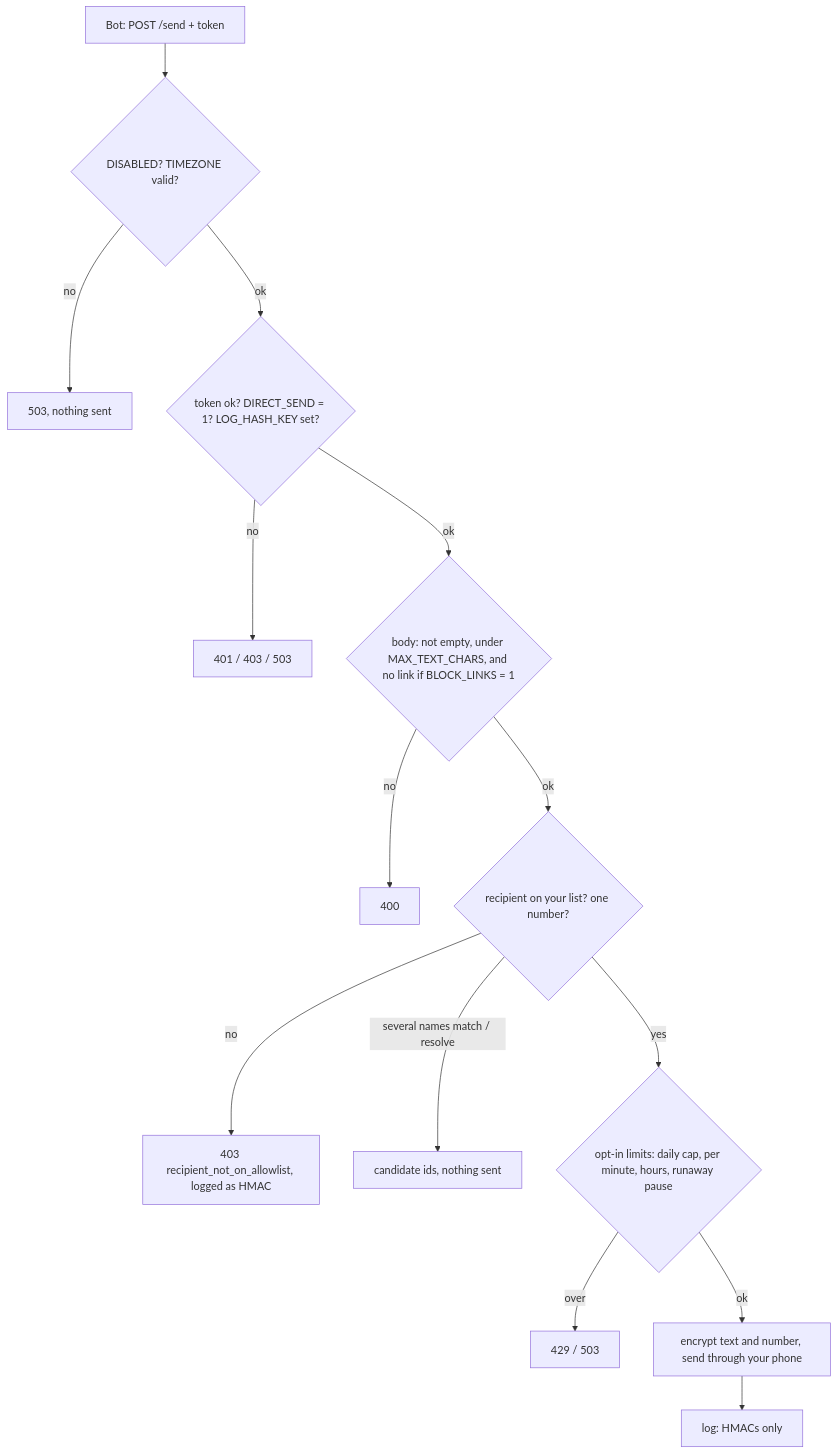
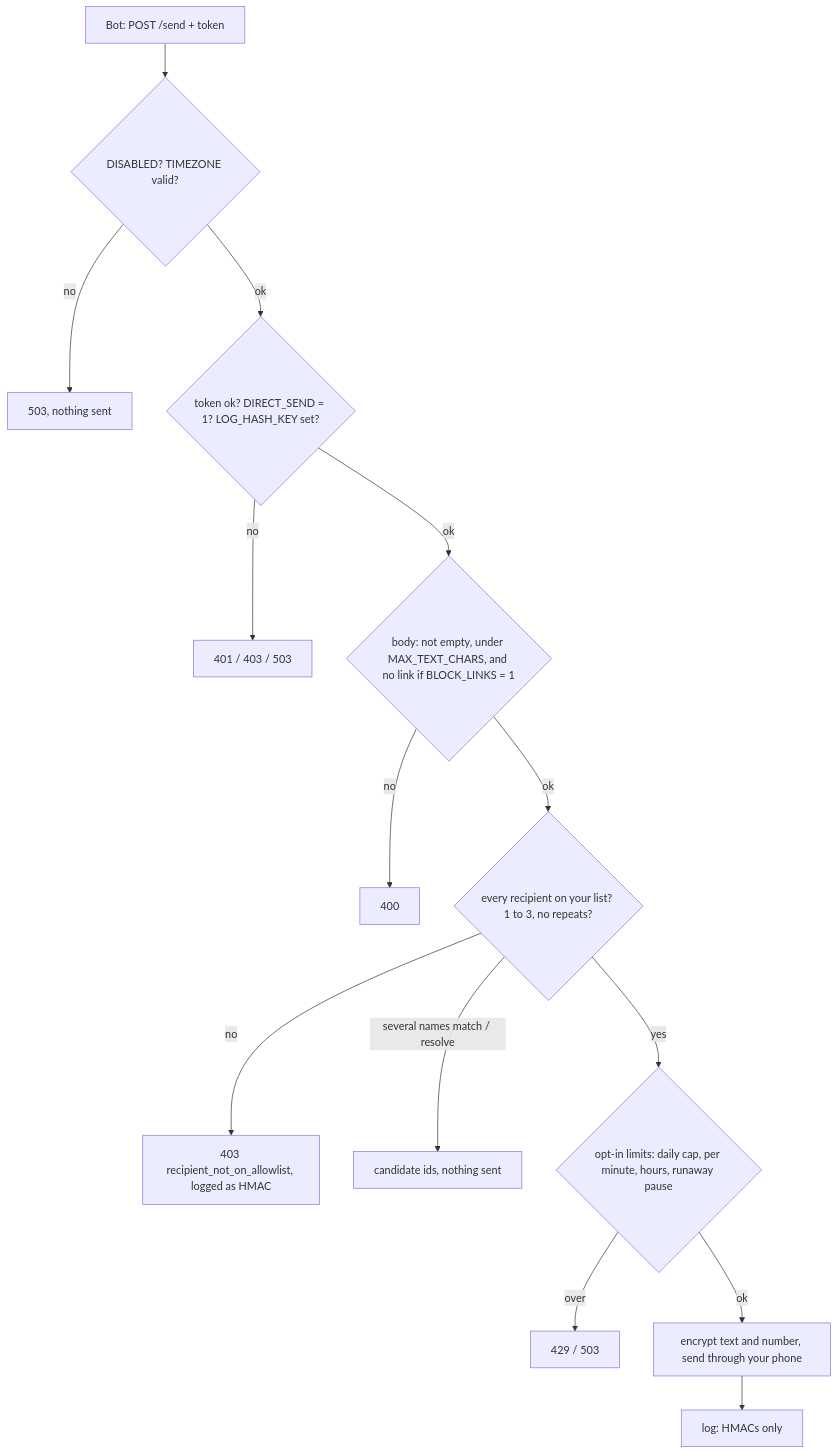
Before and after one commit to dbarrett24/grokbot-texting: the diagram in README.md, drawn with Mermaid. The commit also changed other lines of this file and 12 other files, not shown here.

````diff
--- a/README.md
+++ b/README.md
@@ -99,16 +125,16 @@
 ```mermaid
 flowchart TD
     A[Bot: POST /send + token] --> B{DISABLED? TIMEZONE valid?}
     B -- no --> X1[503, nothing sent]
     B -- ok --> C{token ok? DIRECT_SEND = 1? LOG_HASH_KEY set?}
     C -- no --> X2[401 / 403 / 503]
     C -- ok --> D{body: not empty, under MAX_TEXT_CHARS, and no link if BLOCK_LINKS = 1}
     D -- no --> X3[400]
-    D -- ok --> E{recipient on your list? one number?}
+    D -- ok --> E{every recipient on your list? 1 to 3, no repeats?}
     E -- no --> X4[403 recipient_not_on_allowlist, logged as HMAC]
     E -- several names match / resolve --> F[candidate ids, nothing sent]
     E -- yes --> G{opt-in limits: daily cap, per minute, hours, runaway pause}
     G -- over --> X5[429 / 503]
     G -- ok --> H[encrypt text and number, send through your phone]
     H --> I[log: HMACs only]
 ```
````
